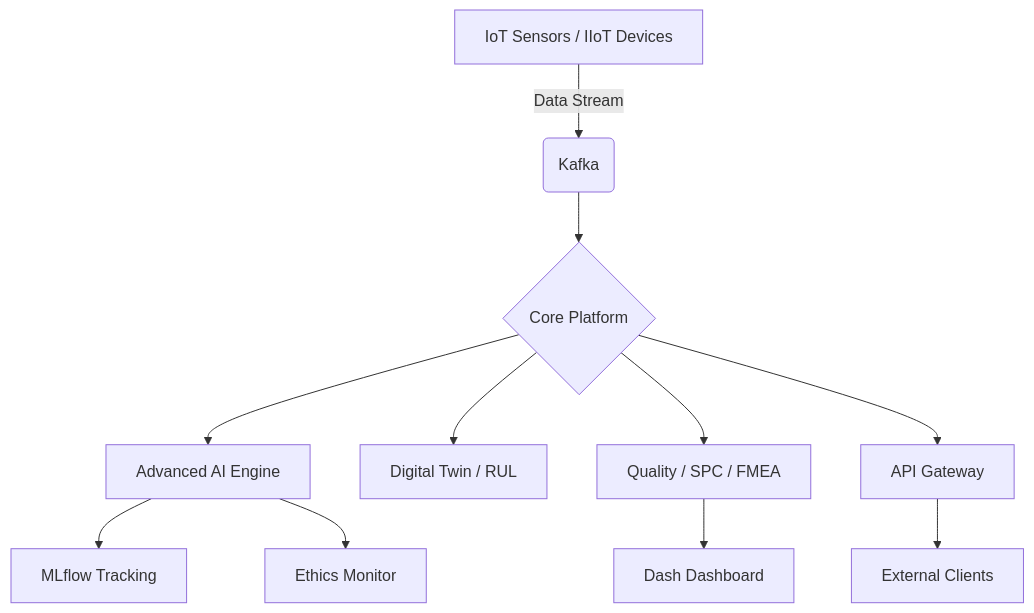
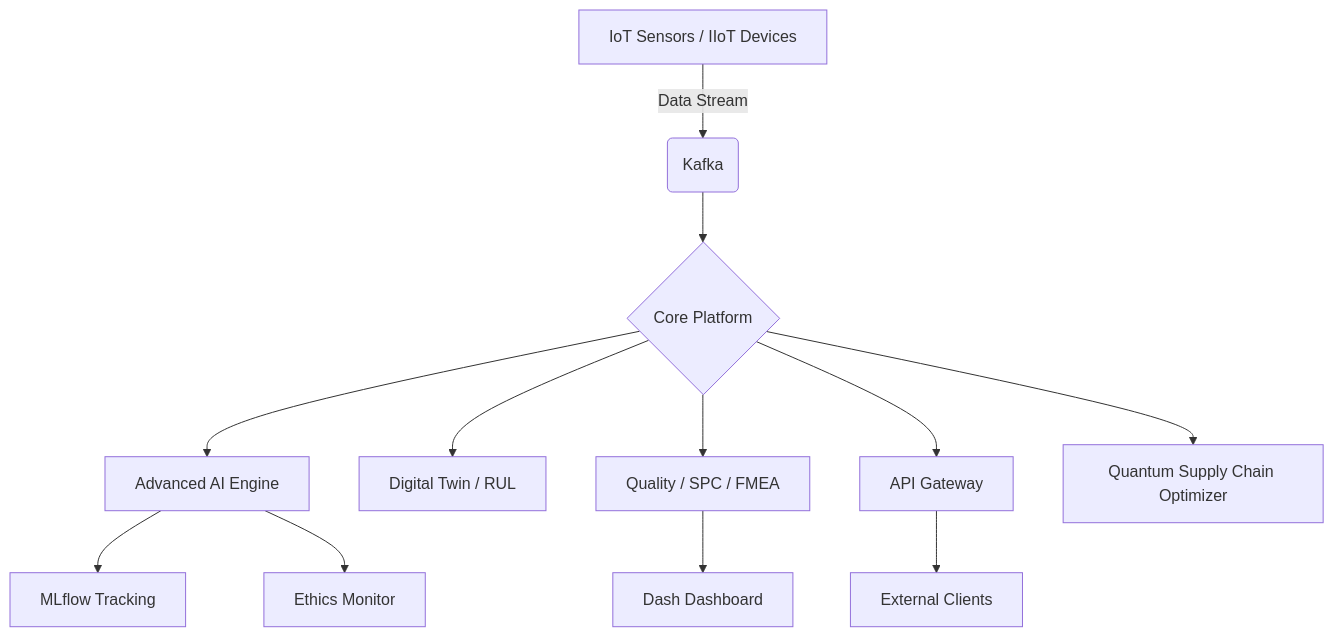
Before and after one commit to Bunay-1/IoT-IIoT-Intelligence-Platform-IIIP: the diagram in README.md, drawn with Mermaid. The commit also changed other lines of this file and 10 other files, not shown here.

````diff
--- a/README.md
+++ b/README.md
@@ -18,13 +21,14 @@
 ```mermaid
 graph TD
     A[IoT Sensors / IIoT Devices] -->|Data Stream| B(Kafka)
     B --> C{Core Platform}
     C --> D[Advanced AI Engine]
     C --> E[Digital Twin / RUL]
     C --> F[Quality / SPC / FMEA]
     D --> G[MLflow Tracking]
     F --> H[Dash Dashboard]
     C --> I[API Gateway]
     I --> J[External Clients]
     D --> K[Ethics Monitor]
+    C --> L[Quantum Supply Chain Optimizer]
 ```
````
